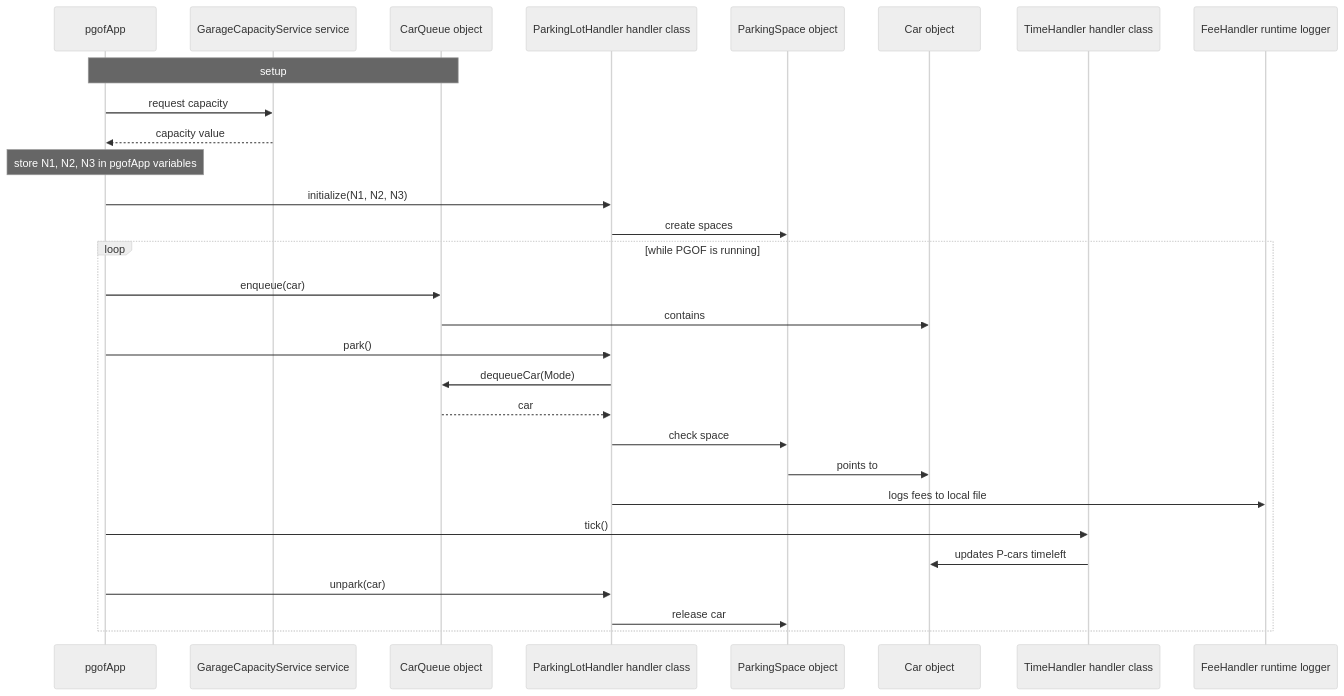
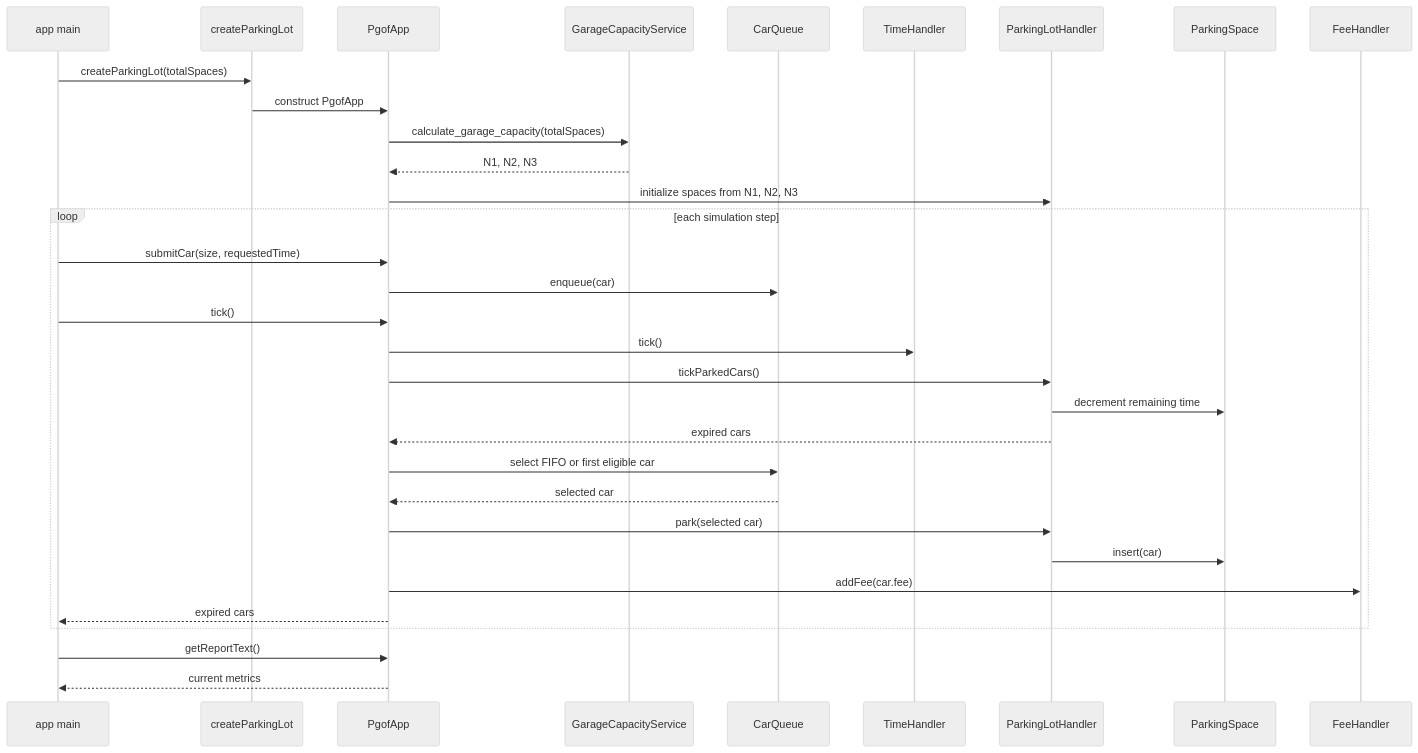
The second of 2 diagrams in design.md (sanleches/PGOF), drawn with Mermaid (neutral theme) before and after one commit. The commit also changed other lines of this file, not shown here.

Commit message:
Update design documentation: enhance definitions, clarify runtime rules, and improve UML diagrams

````diff
--- a/design.md
+++ b/design.md
@@ -102,36 +212,39 @@
 ```mermaid
 sequenceDiagram
-    participant pgofApp as pgofApp
-    participant GarageCapacityService as GarageCapacityService service
-    participant CarQueue as CarQueue object
-    participant ParkingLotHandler as ParkingLotHandler handler class
-    participant ParkingSpace as ParkingSpace object
-    participant Car as Car object
-    participant TimeHandler as TimeHandler handler class
-    participant FeeHandler as FeeHandler runtime logger
+    participant Main as app main
+    participant Factory as createParkingLot
+    participant App as PgofApp
+    participant Capacity as GarageCapacityService
+    participant Queue as CarQueue
+    participant Time as TimeHandler
+    participant Lot as ParkingLotHandler
+    participant Space as ParkingSpace
+    participant Fees as FeeHandler
 
-    Note over pgofApp,CarQueue: setup
-    pgofApp->>GarageCapacityService: request capacity
-    GarageCapacityService-->>pgofApp: capacity value
-    Note over pgofApp: store N1, N2, N3 in pgofApp variables
-    pgofApp->>ParkingLotHandler: initialize(N1, N2, N3)
-    ParkingLotHandler->>ParkingSpace: create spaces
-    
-    loop while PGOF is running
-        pgofApp->>CarQueue: enqueue(car)
-        CarQueue->>Car: contains
+    Main->>Factory: createParkingLot(totalSpaces)
+    Factory->>App: construct PgofApp
+    App->>Capacity: calculate_garage_capacity(totalSpaces)
+    Capacity-->>App: N1, N2, N3
+    App->>Lot: initialize spaces from N1, N2, N3
 
-        pgofApp->>ParkingLotHandler: park()
-        ParkingLotHandler->>CarQueue: dequeueCar(Mode)
-        CarQueue-->>ParkingLotHandler: car
-        ParkingLotHandler->>ParkingSpace: check space
-        ParkingSpace->>Car: points to
-        ParkingLotHandler->>FeeHandler: logs fees to local file
+    loop each simulation step
+        Main->>App: submitCar(size, requestedTime)
+        App->>Queue: enqueue(car)
 
-        pgofApp->>TimeHandler: tick()
-        TimeHandler->>Car: updates P-cars timeleft
+        Main->>App: tick()
+        App->>Time: tick()
+        App->>Lot: tickParkedCars()
+        Lot->>Space: decrement remaining time
+        Lot-->>App: expired cars
 
-        pgofApp->>ParkingLotHandler: unpark(car)
-        ParkingLotHandler->>ParkingSpace: release car
+        App->>Queue: select FIFO or first eligible car
+        Queue-->>App: selected car
+        App->>Lot: park(selected car)
+        Lot->>Space: insert(car)
+        App->>Fees: addFee(car.fee)
+        App-->>Main: expired cars
     end
+
+    Main->>App: getReportText()
+    App-->>Main: current metrics
 ```
````
